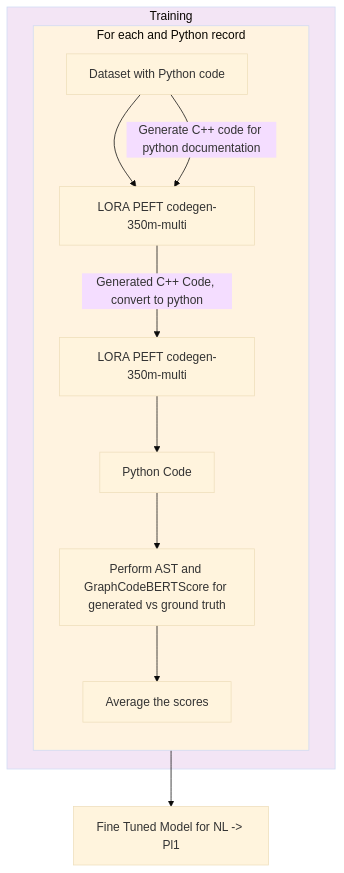
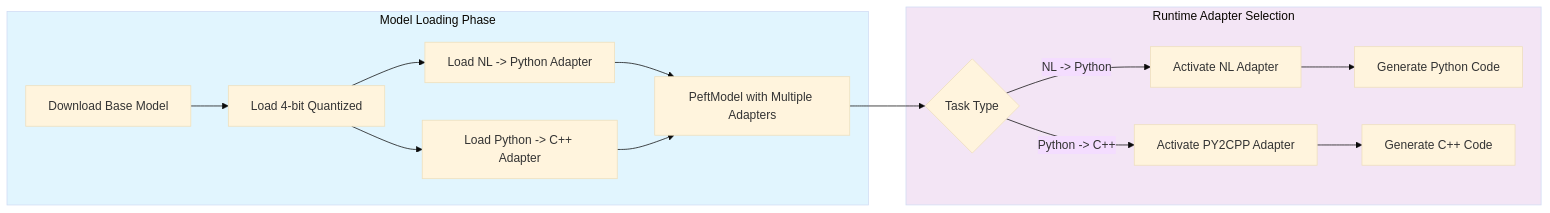
Before and after one commit to nayanjha16/CodeGen-Implementations-May_26: the seventh of 7 diagrams in Group-30/Architecture/Diagrams.md, drawn with Mermaid (base theme). The commit also changed other lines of this file, not shown here.

````diff
--- a/Group-30/Architecture/Diagrams.md
+++ b/Group-30/Architecture/Diagrams.md
@@ -101,18 +508,21 @@
-``` mermaid
-flowchart TD
-        subgraph Training[Training]
-            A[Dataset with Python code] --> B
-            subgraph PerRecord[For each and Python record]
-            direction TB
-                A -- " Generate C++ code for python documentation" --> B[LORA PEFT codegen-350m-multi]
-                B -- "Generated C++ Code, convert to python" --> C[LORA PEFT codegen-350m-multi]
-                C --> D[Python Code]
-                D --> E[Perform AST and GraphCodeBERTScore for generated vs ground truth]
-                E --> F[Average the scores]
-            end
-        end
+```mermaid
+flowchart LR
+    subgraph ModelLoading[Model Loading Phase]
+        A[Download Base Model] --> B[Load 4-bit Quantized]
+        B --> C[Load NL -> Python Adapter]
+        B --> D[Load Python -> C++ Adapter]
+        C --> E[PeftModel with Multiple Adapters]
+        D --> E
+    end
 
-        style Training fill:#f3e5f5
-        style PerRecord fill:#fff3e0
-        F --> G[Fine Tuned Model for NL -> Pl1]
+    subgraph Runtime[Runtime Adapter Selection]
+        E --> F{Task Type}
+        F -->|NL -> Python| G[Activate NL Adapter]
+        F -->|Python -> C++| H[Activate PY2CPP Adapter]
+        G --> I[Generate Python Code]
+        H --> J[Generate C++ Code]
+    end
+
+    style ModelLoading fill:#e1f5fe
+    style Runtime fill:#f3e5f5
 ```
````
